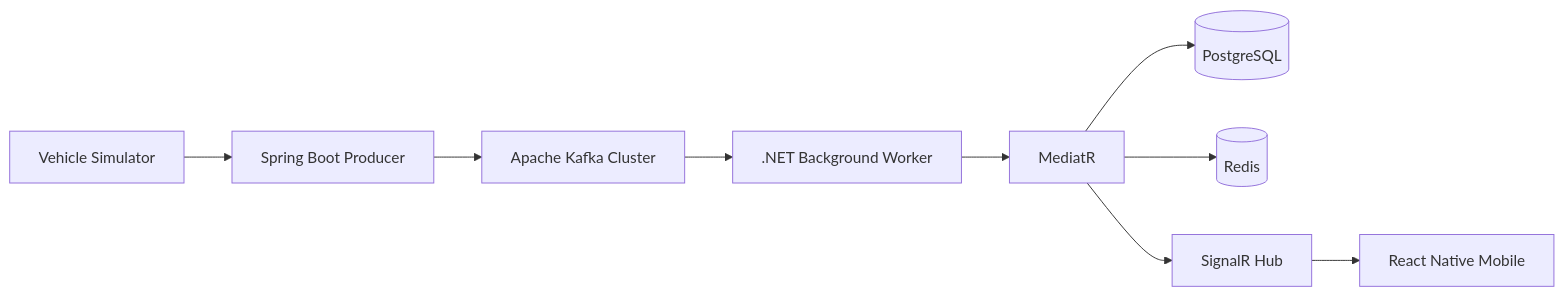
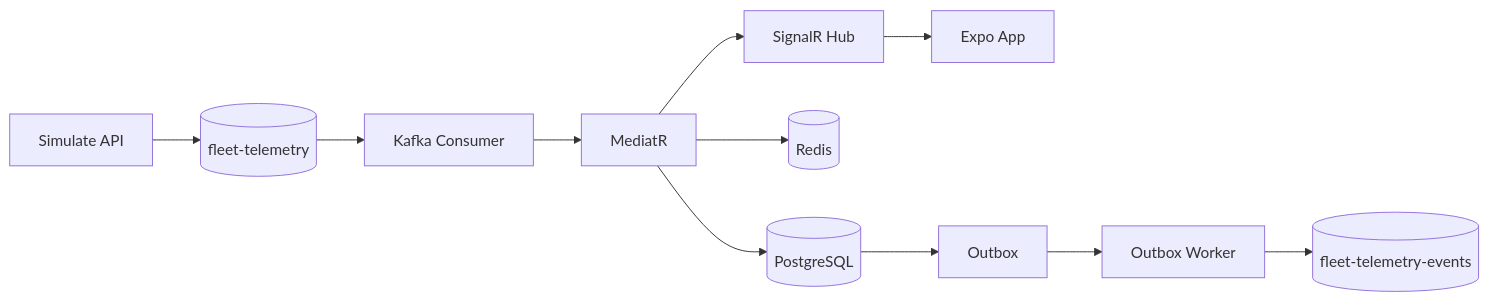
One commit to BogdanVladevski/OmniOps changed the first of 2 diagrams in README.md. Above: the diagram before and after it, drawn with Mermaid. The commit also changed other lines of this file and 90 other files, not shown here.

First line of the commit message:
Production hardening: Clean Architecture, tests, JWT, resilience, and docs (#1)

````diff
--- a/README.md
+++ b/README.md
@@ -26,18 +24,13 @@
 ```mermaid
 flowchart LR
-
-A[Vehicle Simulator]
--->B[Spring Boot Producer]
-
-B-->C[Apache Kafka Cluster]
-
-C-->D[.NET Background Worker]
-
-D-->E[MediatR]
-
-E-->F[(PostgreSQL)]
-E-->G[(Redis)]
-E-->H[SignalR Hub]
-
-H-->I[React Native Mobile]
+    A[Simulate API] --> B[(fleet-telemetry)]
+    B --> C[Kafka Consumer]
+    C --> D[MediatR]
+    D --> E[(PostgreSQL)]
+    D --> F[(Redis)]
+    D --> G[SignalR Hub]
+    G --> H[Expo App]
+    E --> I[Outbox]
+    I --> J[Outbox Worker]
+    J --> K[(fleet-telemetry-events)]
 ```
````
